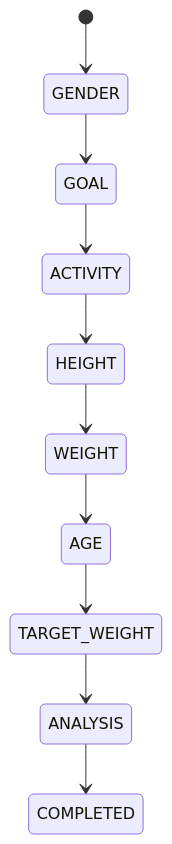
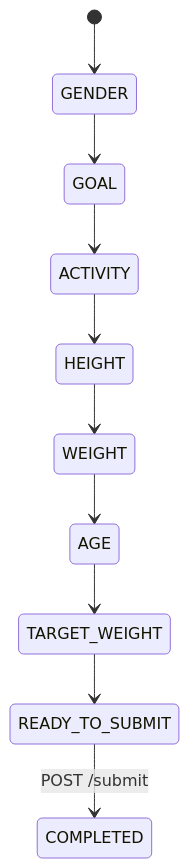
The third of 4 diagrams in docs/02-architecture.md (BakerSean168/health-assessment-challenge), drawn with Mermaid before and after one commit. The commit also changed other lines of this file and 9 other files, not shown here.

````diff
--- a/docs/02-architecture.md
+++ b/docs/02-architecture.md
@@ -127,12 +127,12 @@
 ```mermaid
 stateDiagram-v2
     [*] --> GENDER
     GENDER --> GOAL
     GOAL --> ACTIVITY
     ACTIVITY --> HEIGHT
     HEIGHT --> WEIGHT
     WEIGHT --> AGE
     AGE --> TARGET_WEIGHT
-    TARGET_WEIGHT --> ANALYSIS
-    ANALYSIS --> COMPLETED
+    TARGET_WEIGHT --> READY_TO_SUBMIT
+    READY_TO_SUBMIT --> COMPLETED: POST /submit
 ```
````
